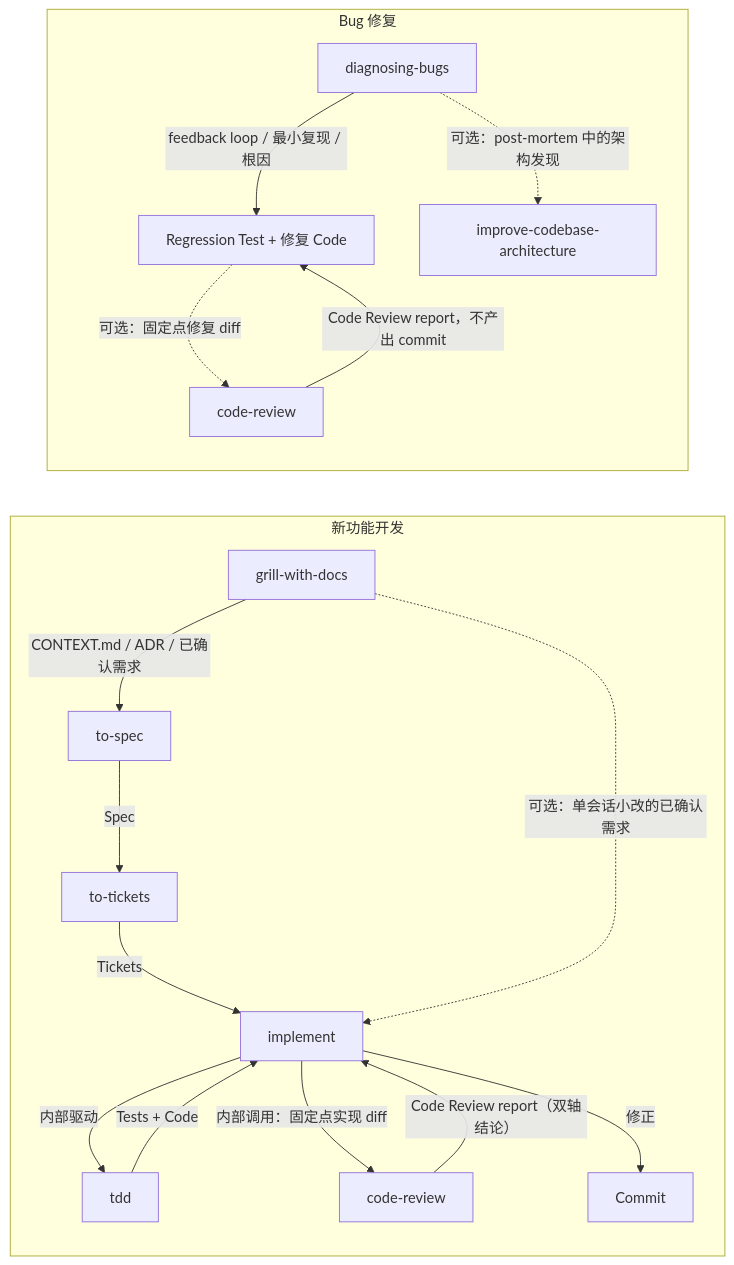
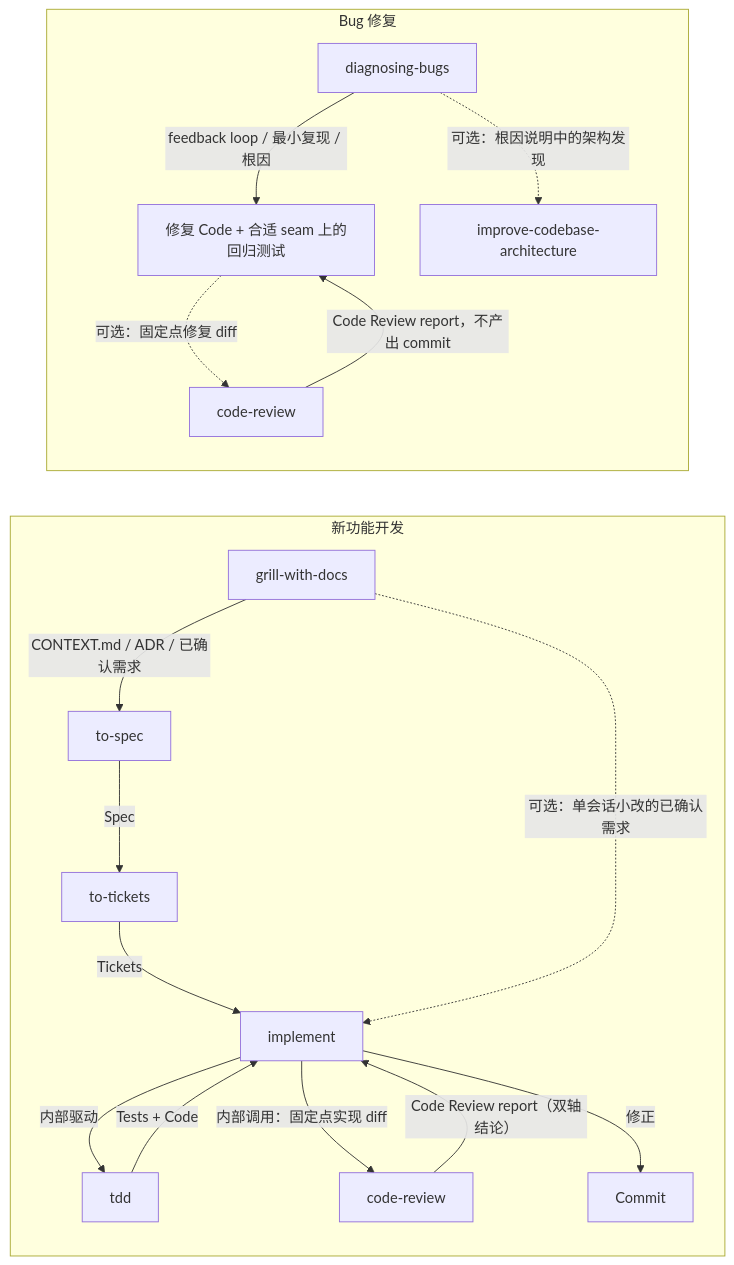
The third of 6 diagrams in docs/analysis/mattpocock-skills/skills-workflow-diagram.md (kangapp/ai-knowledge-base), drawn with Mermaid before and after one commit. The commit also changed other lines of this file and 5 other files, not shown here.

````diff
--- a/docs/analysis/mattpocock-skills/skills-workflow-diagram.md
+++ b/docs/analysis/mattpocock-skills/skills-workflow-diagram.md
@@ -132,21 +138,21 @@
 ```mermaid
 flowchart LR
     subgraph Feature["新功能开发"]
         GrillDocs["grill-with-docs"] -->|"CONTEXT.md / ADR / 已确认需求"| ToSpec["to-spec"]
         ToSpec -->|"Spec"| ToTickets["to-tickets"]
         ToTickets -->|"Tickets"| SharedImplement["implement"]
         GrillDocs -.->|"可选：单会话小改的已确认需求"| SharedImplement
         SharedImplement -->|"内部驱动"| SharedTDD["tdd"]
         SharedTDD -->|"Tests + Code"| SharedImplement
         SharedImplement -->|"内部调用：固定点实现 diff"| SharedReview["code-review"]
         SharedReview -->|"Code Review report（双轴结论）"| SharedImplement
         SharedImplement -->|"修正"| Commit["Commit"]
     end
 
     subgraph Bugfix["Bug 修复"]
-        Diagnose["diagnosing-bugs"] -->|"feedback loop / 最小复现 / 根因"| Fix["Regression Test + 修复 Code"]
+        Diagnose["diagnosing-bugs"] -->|"feedback loop / 最小复现 / 根因"| Fix["修复 Code + 合适 seam 上的回归测试"]
         Fix -.->|"可选：固定点修复 diff"| BugReview["code-review"]
         BugReview -->|"Code Review report，不产出 commit"| Fix
-        Diagnose -.->|"可选：post-mortem 中的架构发现"| Improve["improve-codebase-architecture"]
+        Diagnose -.->|"可选：根因说明中的架构发现"| Improve["improve-codebase-architecture"]
     end
 ```
````
